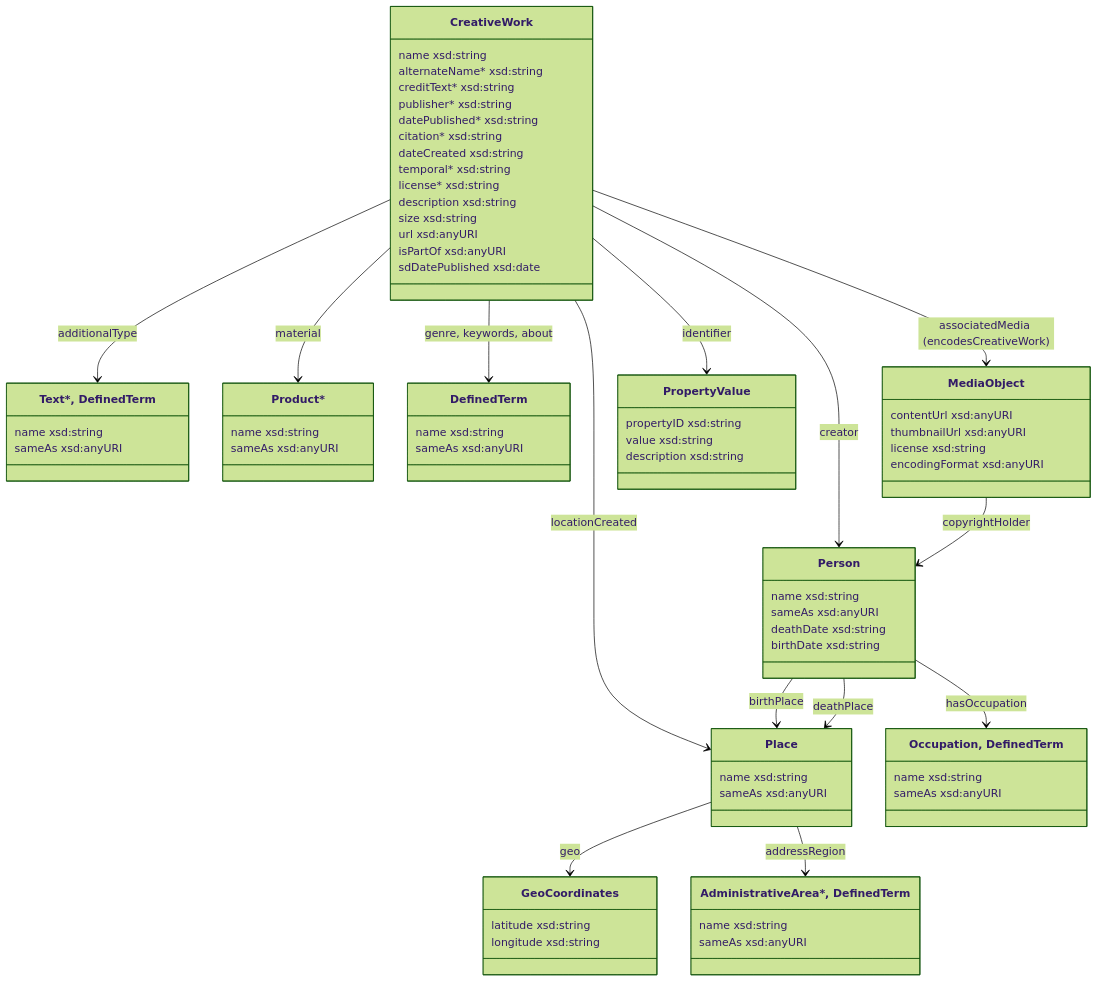
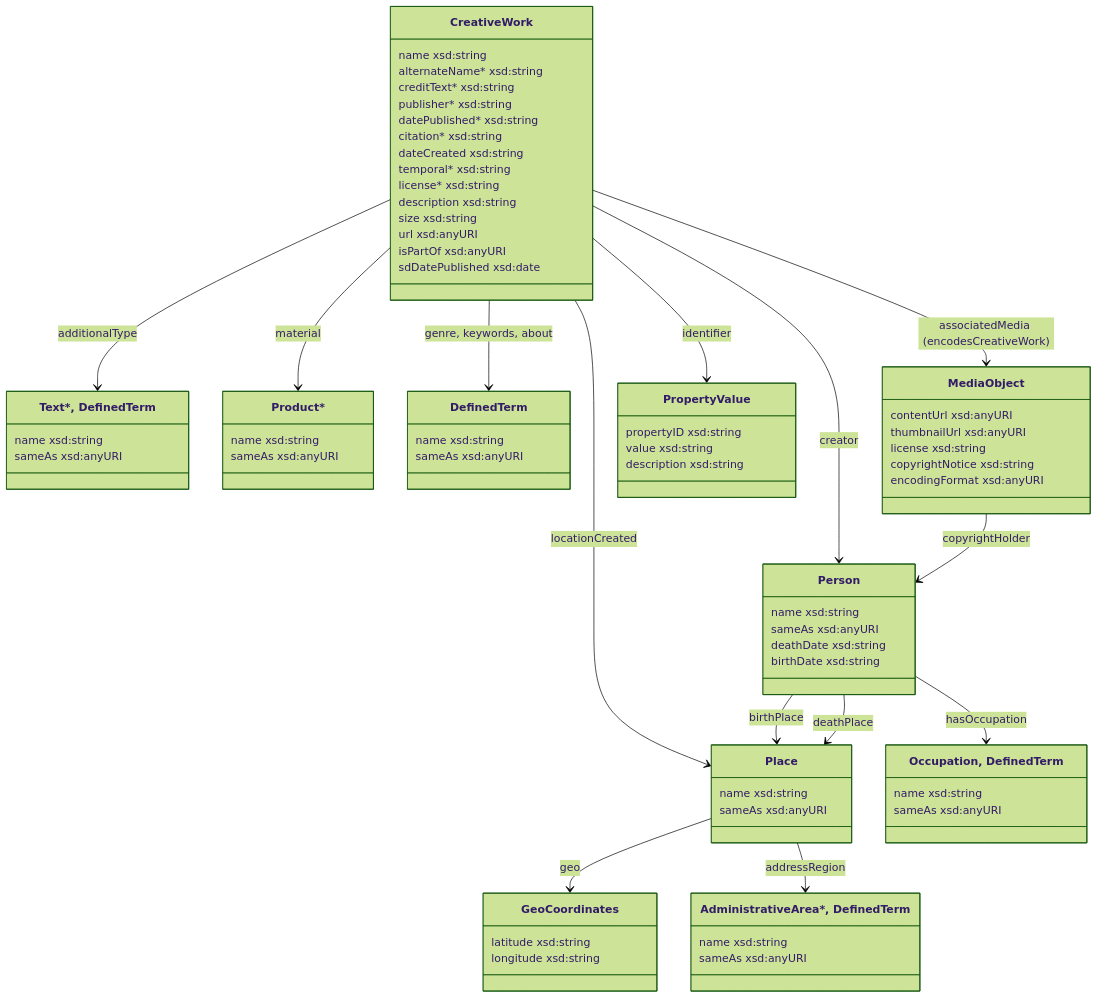
The first of 5 diagrams in docs/datamodel.md (collectienederland/schema-profile), drawn with Mermaid before and after one commit. The commit also changed other lines of this file, not shown here.

```diff
--- a/docs/datamodel.md
+++ b/docs/datamodel.md
@@ -85,6 +85,7 @@
   contentUrl xsd:anyURI
   thumbnailUrl xsd:anyURI
   license xsd:string
+  copyrightNotice xsd:string
   encodingFormat xsd:anyURI
 }
 creativework --> mediaobject: associatedMedia (encodesCreativeWork)
```
